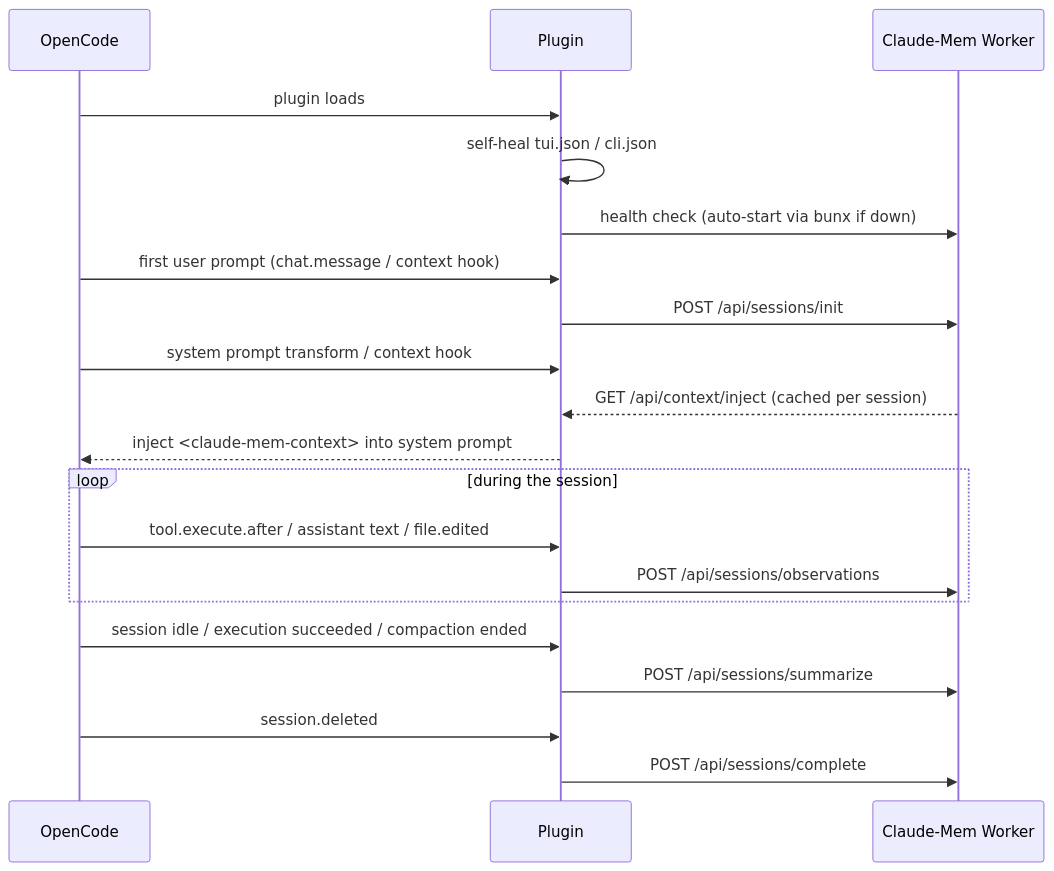
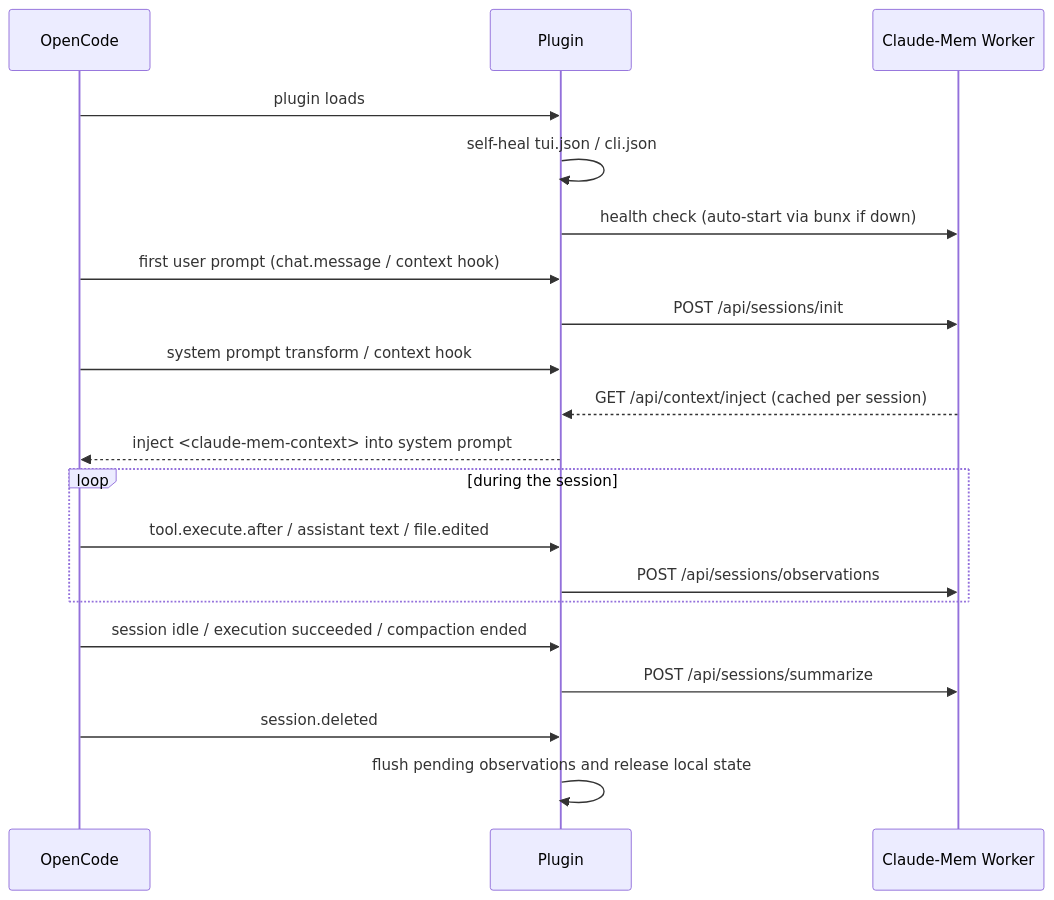
The third of 3 diagrams in README.md (Ephemushroom/opencode-claude-mem), drawn with Mermaid before and after one commit. The commit also changed other lines of this file and 2 other files, not shown here.

````diff
--- a/README.md
+++ b/README.md
@@ -154,23 +173,23 @@
 ```mermaid
 sequenceDiagram
     participant OC as OpenCode
     participant P as Plugin
     participant W as Claude-Mem Worker
 
     OC->>P: plugin loads
     P->>P: self-heal tui.json / cli.json
     P->>W: health check (auto-start via bunx if down)
     OC->>P: first user prompt (chat.message / context hook)
     P->>W: POST /api/sessions/init
     OC->>P: system prompt transform / context hook
     W-->>P: GET /api/context/inject (cached per session)
     P-->>OC: inject <claude-mem-context> into system prompt
     loop during the session
         OC->>P: tool.execute.after / assistant text / file.edited
         P->>W: POST /api/sessions/observations
     end
     OC->>P: session idle / execution succeeded / compaction ended
     P->>W: POST /api/sessions/summarize
     OC->>P: session.deleted
-    P->>W: POST /api/sessions/complete
+    P->>P: flush pending observations and release local state
 ```
````
